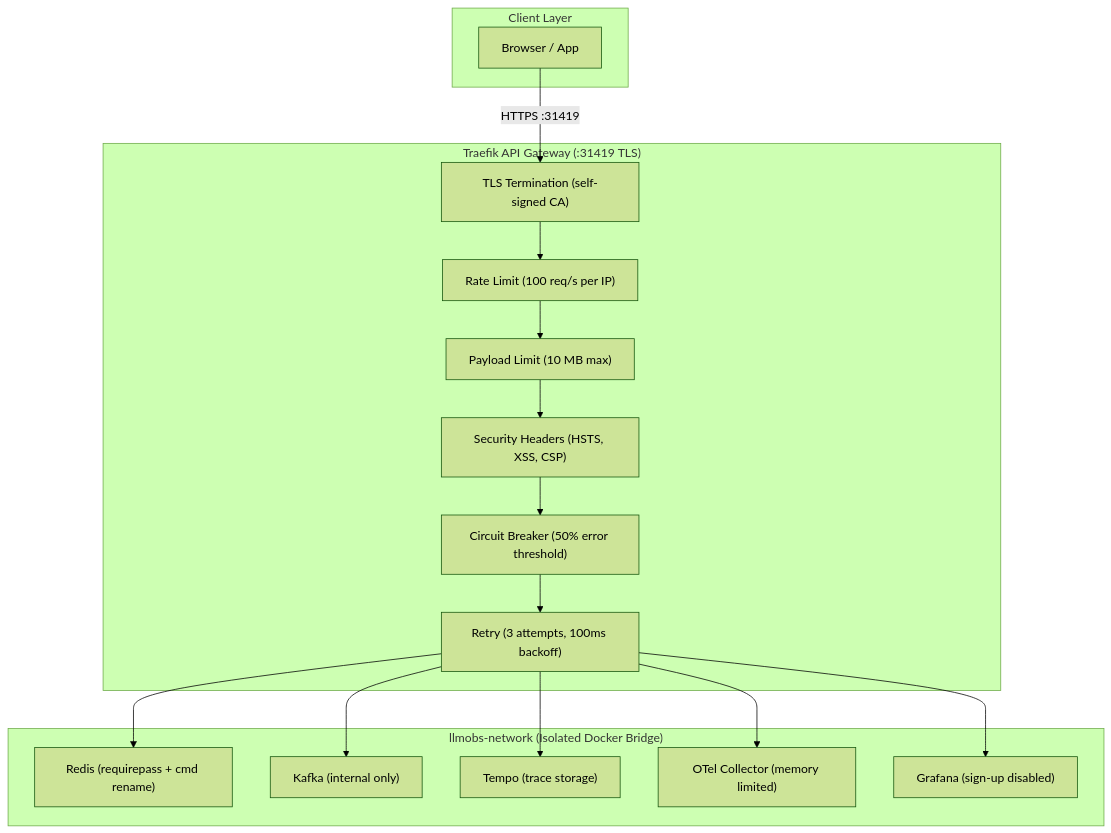
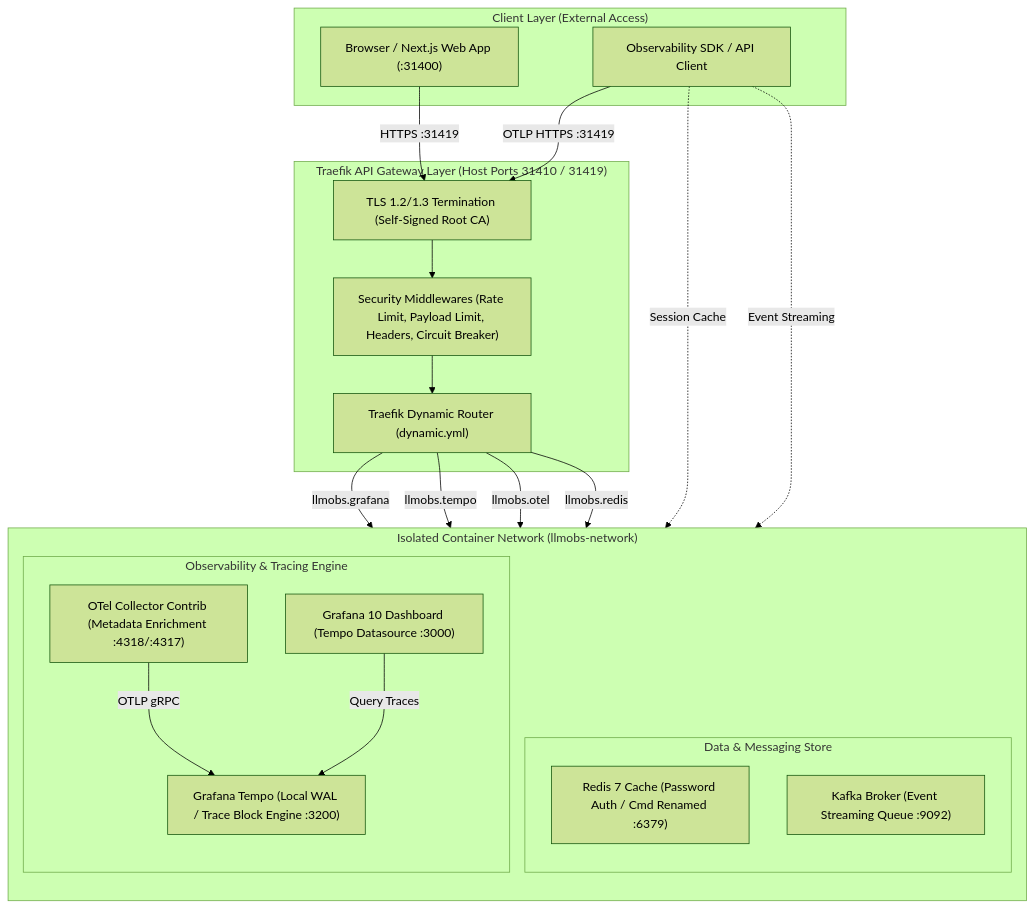
The first of 4 diagrams in packages/node/frontend-deployment/README.md (Chief-Strategist-J/llm-observability-platform), drawn with Mermaid (forest theme) before and after one commit. The commit also changed other lines of this file, not shown here.

Commit message:
docs(deployment): add HLD/LLD Mermaid architecture sequence diagrams and service authentication access matrix to README

````diff
--- a/packages/node/frontend-deployment/README.md
+++ b/packages/node/frontend-deployment/README.md
@@ -30,31 +33,45 @@
 ```mermaid
 flowchart TD
-    subgraph ClientLayer["Client Layer"]
-        Browser["Browser / App"]
+    subgraph ClientLayer["Client Layer (External Access)"]
+        Browser["Browser / Next.js Web App (:31400)"]
+        SDK["Observability SDK / API Client"]
     end
 
-    subgraph GatewayLayer["Traefik API Gateway (:31419 TLS)"]
-        TLS["TLS Termination (self-signed CA)"]
-        RL["Rate Limit (100 req/s per IP)"]
-        PL["Payload Limit (10 MB max)"]
-        SH["Security Headers (HSTS, XSS, CSP)"]
-        CB["Circuit Breaker (50% error threshold)"]
-        RT["Retry (3 attempts, 100ms backoff)"]
+    subgraph SecurityGateway["Traefik API Gateway Layer (Host Ports 31410 / 31419)"]
+        TLS["TLS 1.2/1.3 Termination (Self-Signed Root CA)"]
+        Middlewares["Security Middlewares (Rate Limit, Payload Limit, Headers, Circuit Breaker)"]
+        Router["Traefik Dynamic Router (dynamic.yml)"]
     end
 
-    subgraph NetworkLayer["llmobs-network (Isolated Docker Bridge)"]
-        Redis["Redis (requirepass + cmd rename)"]
-        Kafka["Kafka (internal only)"]
-        Tempo["Tempo (trace storage)"]
-        OTel["OTel Collector (memory limited)"]
-        Grafana["Grafana (sign-up disabled)"]
+    subgraph NetworkBoundary["Isolated Container Network (llmobs-network)"]
+        direction TB
+        
+        subgraph StorageLayer["Data & Messaging Store"]
+            Redis["Redis 7 Cache (Password Auth / Cmd Renamed :6379)"]
+            Kafka["Kafka Broker (Event Streaming Queue :9092)"]
+        end
+
+        subgraph TelemetryPipeline["Observability & Tracing Engine"]
+            OTel["OTel Collector Contrib (Metadata Enrichment :4318/:4317)"]
+            Tempo["Grafana Tempo (Local WAL / Trace Block Engine :3200)"]
+            Grafana["Grafana 10 Dashboard (Tempo Datasource :3000)"]
+        end
     end
 
+    %% Client Interactions
     Browser -->|HTTPS :31419| TLS
-    TLS --> RL --> PL --> SH --> CB --> RT
-    RT --> Redis
-    RT --> Kafka
-    RT --> Tempo
-    RT --> OTel
-    RT --> Grafana
+    SDK -->|OTLP HTTPS :31419| TLS
+    TLS --> Middlewares --> Router
+
+    %% Gateway Routing inside Isolated Network
+    Router -->|llmobs.grafana| Grafana
+    Router -->|llmobs.tempo| Tempo
+    Router -->|llmobs.otel| OTel
+    Router -->|llmobs.redis| Redis
+
+    %% Telemetry & Storage Inter-container Communications
+    OTel -->|OTLP gRPC| Tempo
+    Grafana -->|Query Traces| Tempo
+    SDK -.->|Session Cache| Redis
+    SDK -.->|Event Streaming| Kafka
 ```
````
